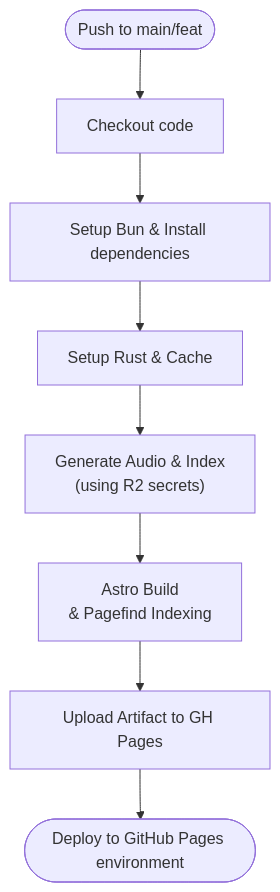
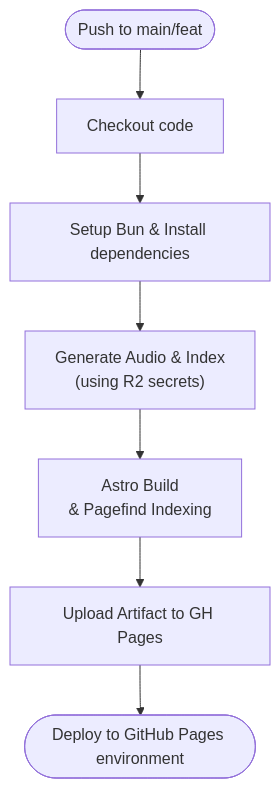
The fourth of 4 diagrams in README.md (rgaidot/hnpaper-news), drawn with Mermaid before and after one commit. The commit also changed other lines of this file and 27 other files, not shown here.

Commit message:
chore(audio): use pre-built voxify binary and remove rust build from CI

````diff
--- a/README.md
+++ b/README.md
@@ -106,10 +106,9 @@
 ```mermaid
 flowchart TD
   Push([Push to main/feat]) --> Checkout[Checkout code]
   Checkout --> SetupBun[Setup Bun & Install dependencies]
-  SetupBun --> SetupRust[Setup Rust & Cache]
-  SetupRust --> GenAudio["Generate Audio & Index<br/>(using R2 secrets)"]
+  SetupBun --> GenAudio["Generate Audio & Index<br/>(using R2 secrets)"]
   GenAudio --> AstroBuild["Astro Build<br/>& Pagefind Indexing"]
   AstroBuild --> UploadArtifact[Upload Artifact to GH Pages]
   UploadArtifact --> Deploy([Deploy to GitHub Pages environment])
 ```
````
